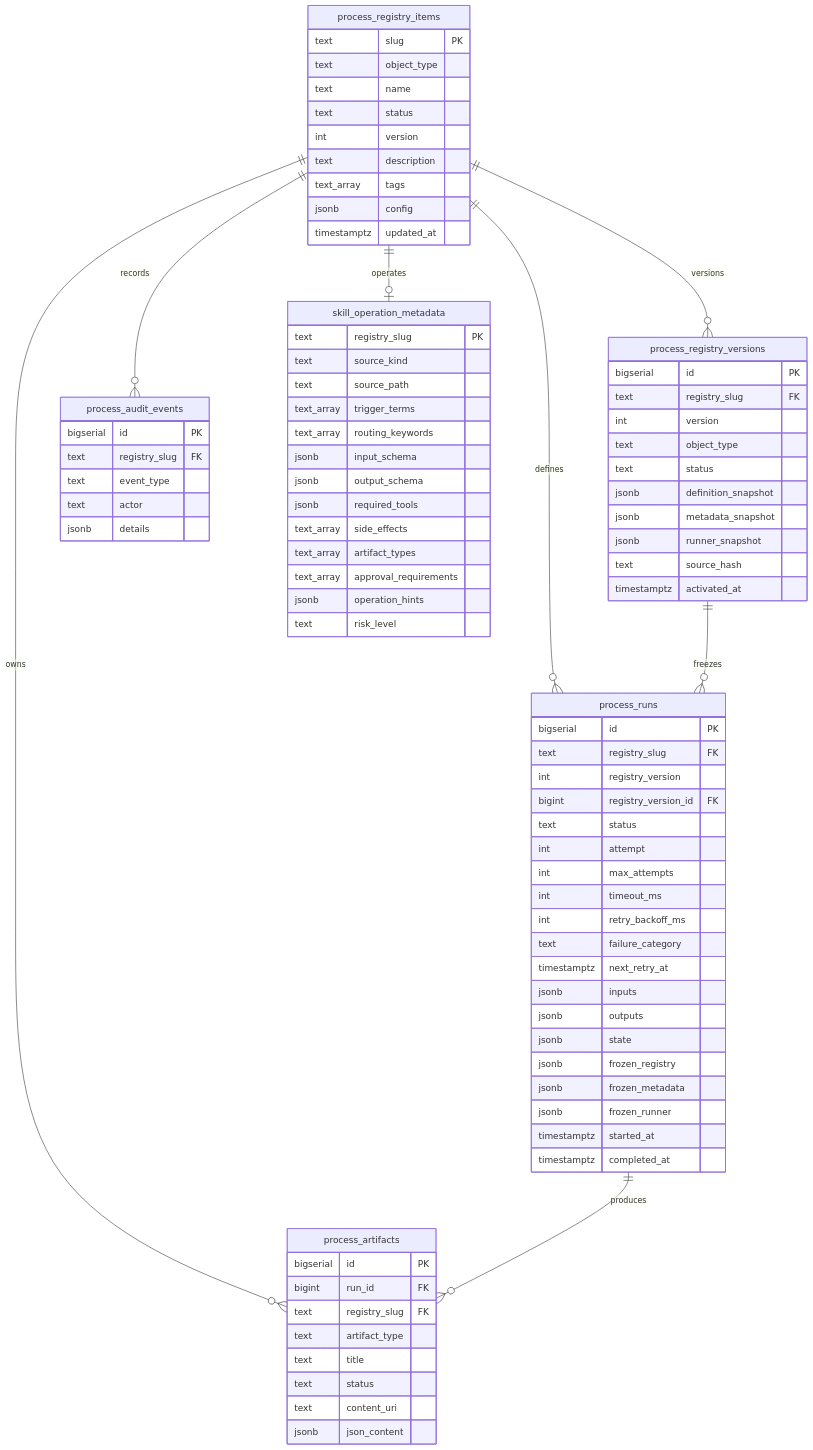
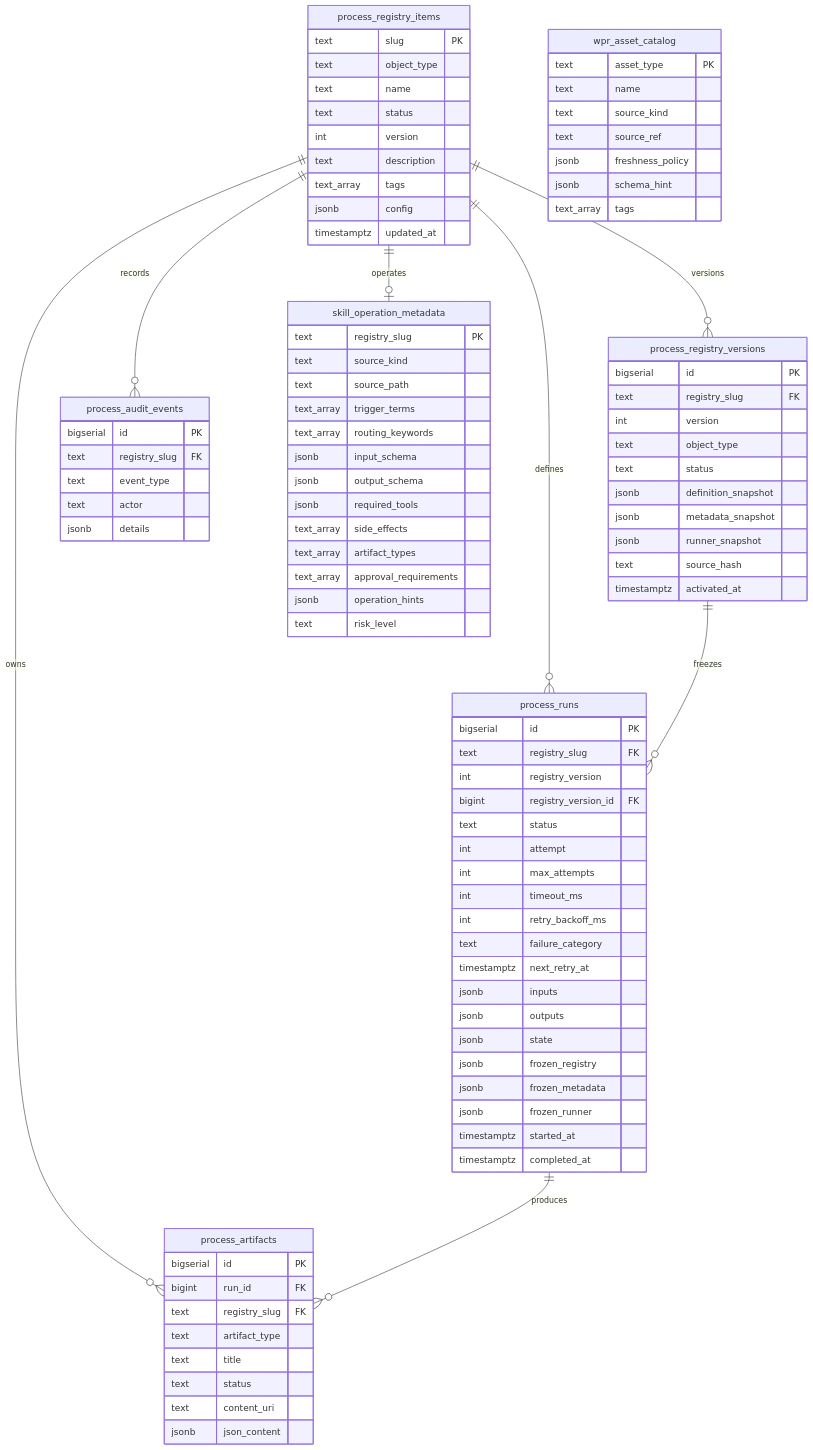
The fourth of 7 diagrams in docs/process-registry-architecture.md (SDG223157/watchinglist-app), drawn with Mermaid before and after one commit. The commit also changed other lines of this file and 3 other files, not shown here.

Commit message:
Add asset-aware WPR skill context

```diff
--- a/docs/process-registry-architecture.md
+++ b/docs/process-registry-architecture.md
@@ -316,6 +318,16 @@
     text risk_level
   }
 
+  wpr_asset_catalog {
+    text asset_type PK
+    text name
+    text source_kind
+    text source_ref
+    jsonb freshness_policy
+    jsonb schema_hint
+    text_array tags
+  }
+
   process_audit_events {
     bigserial id PK
     text registry_slug FK
```
